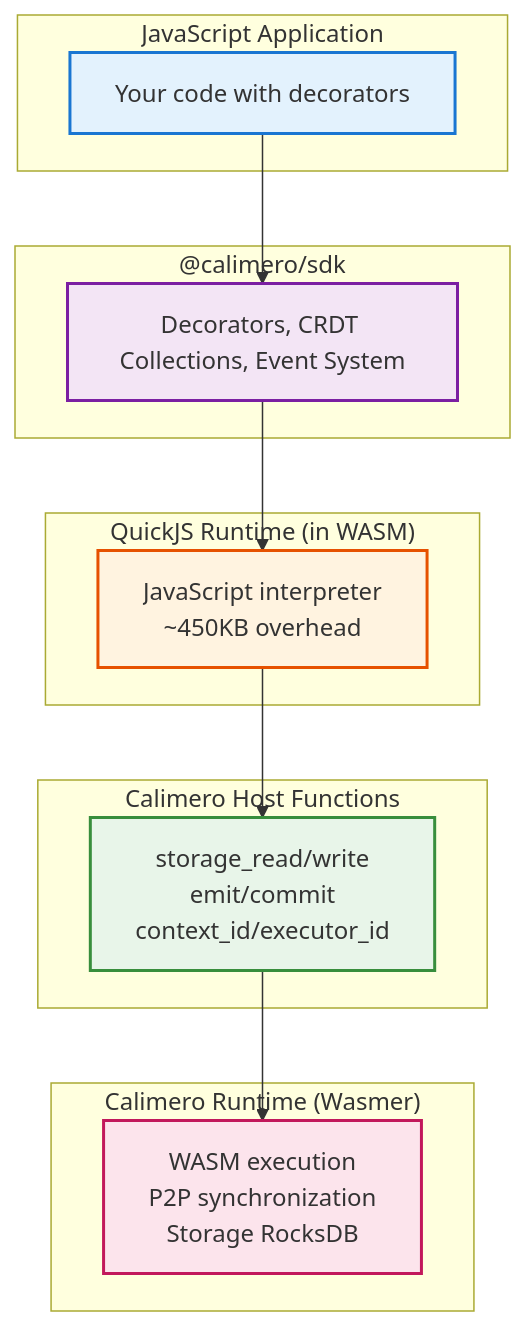
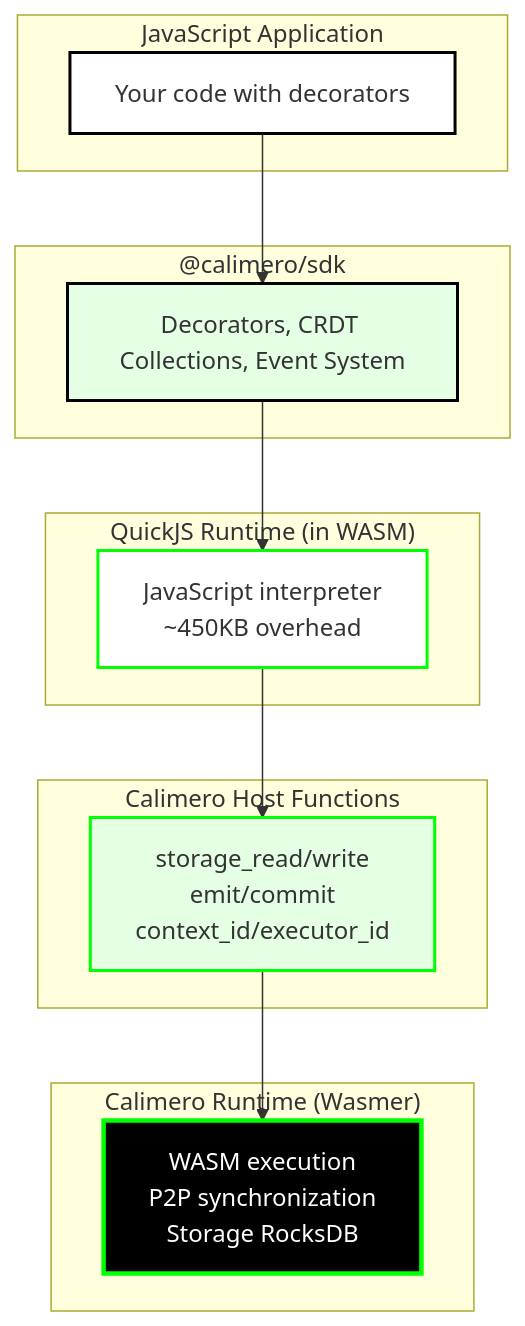
The second of 2 diagrams in docs/builder-directory/js-sdk-guide.md (calimero-network/docs), drawn with Mermaid before and after one commit. The commit also changed other lines of this file and 6 other files, not shown here.

First line of the commit message:
fix: Update all Mermaid diagrams to use black/green color scheme

````diff
--- a/docs/builder-directory/js-sdk-guide.md
+++ b/docs/builder-directory/js-sdk-guide.md
@@ -60,33 +60,33 @@
 ```mermaid
 graph TB
     subgraph "JavaScript Application"
         JS[Your code with decorators]
     end
     
     subgraph "@calimero/sdk"
         SDK[Decorators, CRDT Collections, Event System]
     end
     
     subgraph "QuickJS Runtime (in WASM)"
         QJS[JavaScript interpreter<br/>~450KB overhead]
     end
     
     subgraph "Calimero Host Functions"
         HOST[storage_read/write<br/>emit/commit<br/>context_id/executor_id]
     end
     
     subgraph "Calimero Runtime (Wasmer)"
         RUNTIME[WASM execution<br/>P2P synchronization<br/>Storage RocksDB]
     end
     
     JS --> SDK
     SDK --> QJS
     QJS --> HOST
     HOST --> RUNTIME
     
-    style JS fill:#e3f2fd,stroke:#1976d2,stroke-width:2px
-    style SDK fill:#f3e5f5,stroke:#7b1fa2,stroke-width:2px
-    style QJS fill:#fff3e0,stroke:#e65100,stroke-width:2px
-    style HOST fill:#e8f5e9,stroke:#388e3c,stroke-width:2px
-    style RUNTIME fill:#fce4ec,stroke:#c2185b,stroke-width:2px
+    style JS fill:#ffffff,stroke:#000000,stroke-width:2px
+    style SDK fill:#e5ffe5,stroke:#000000,stroke-width:2px
+    style QJS fill:#ffffff,stroke:#00ff00,stroke-width:2px
+    style HOST fill:#e5ffe5,stroke:#00ff00,stroke-width:2px
+    style RUNTIME fill:#000000,stroke:#00ff00,stroke-width:3px,color:#ffffff
 ```
````
